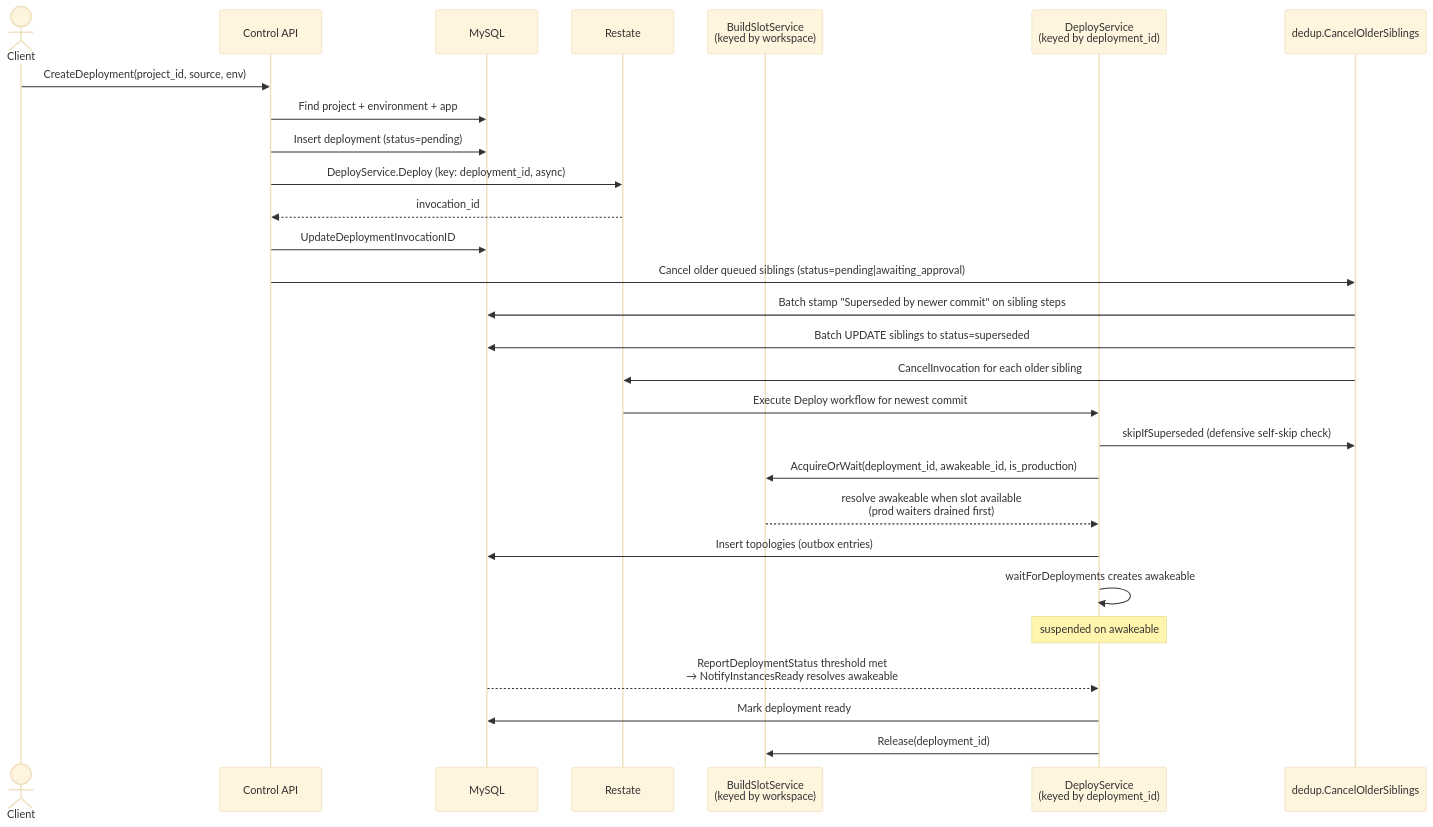
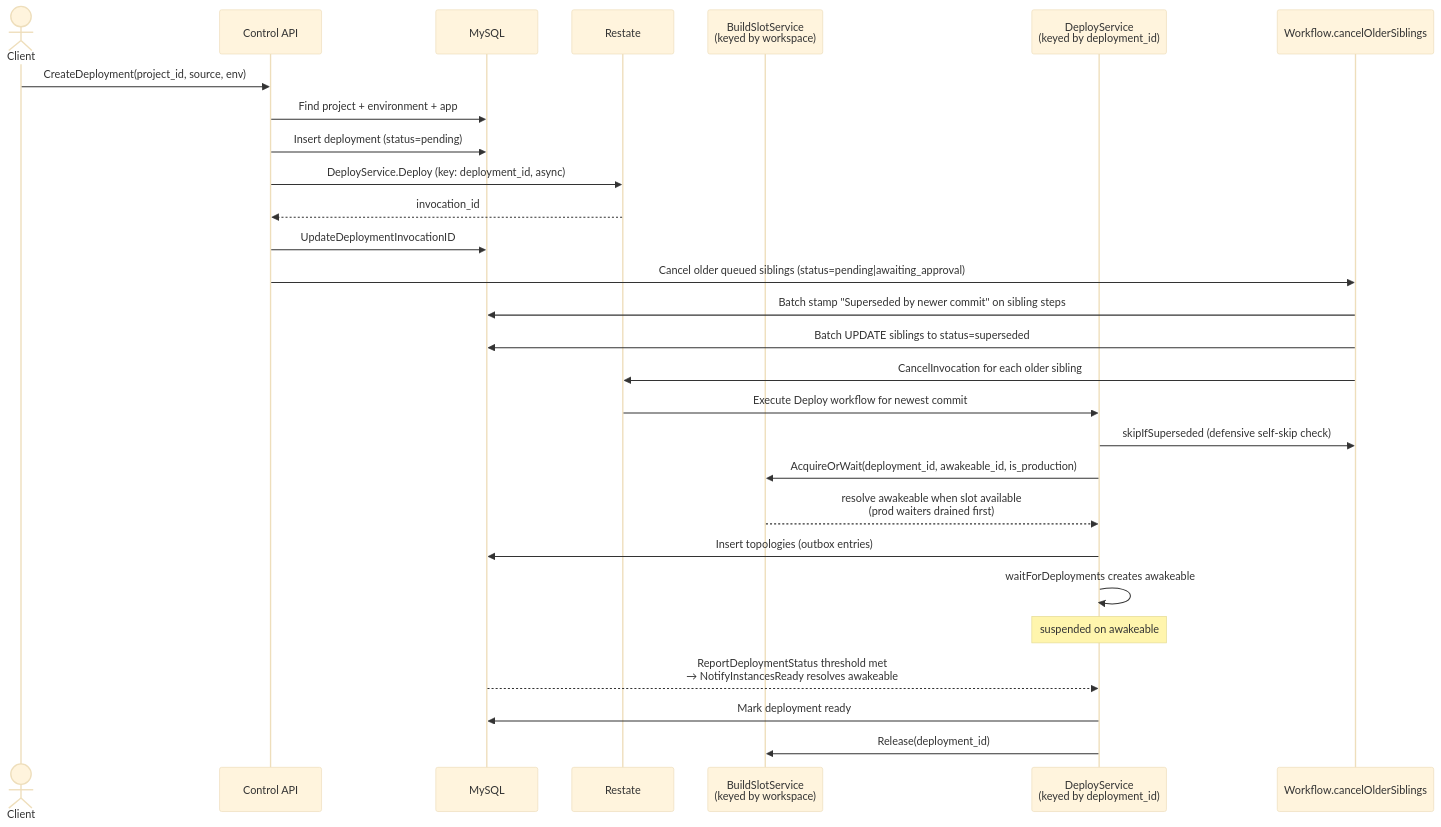
Before and after one commit to unkeyed/unkey: the first of 4 diagrams in docs/engineering/architecture/services/control-plane/worker/workflows/deployments.mdx, drawn with Mermaid (base theme). The commit also changed other lines of this file and 10 other files, not shown here.

````diff
--- a/docs/engineering/architecture/services/control-plane/worker/workflows/deployments.mdx
+++ b/docs/engineering/architecture/services/control-plane/worker/workflows/deployments.mdx
@@ -30,31 +30,31 @@
 ```mermaid
 sequenceDiagram
   actor Client
   participant CtrlAPI as Control API
   participant DB as MySQL
   participant Restate as Restate
   participant BuildSlot as BuildSlotService<br/>(keyed by workspace)
   participant Worker as DeployService<br/>(keyed by deployment_id)
-  participant Dedup as dedup.CancelOlderSiblings
+  participant Dedup as Workflow.cancelOlderSiblings
 
   Client->>CtrlAPI: CreateDeployment(project_id, source, env)
   CtrlAPI->>DB: Find project + environment + app
   CtrlAPI->>DB: Insert deployment (status=pending)
   CtrlAPI->>Restate: DeployService.Deploy (key: deployment_id, async)
   Restate-->>CtrlAPI: invocation_id
   CtrlAPI->>DB: UpdateDeploymentInvocationID
   CtrlAPI->>Dedup: Cancel older queued siblings (status=pending|awaiting_approval)
   Dedup->>DB: Batch stamp "Superseded by newer commit" on sibling steps
   Dedup->>DB: Batch UPDATE siblings to status=superseded
   Dedup->>Restate: CancelInvocation for each older sibling
   Restate->>Worker: Execute Deploy workflow for newest commit
   Worker->>Dedup: skipIfSuperseded (defensive self-skip check)
   Worker->>BuildSlot: AcquireOrWait(deployment_id, awakeable_id, is_production)
   BuildSlot-->>Worker: resolve awakeable when slot available<br/>(prod waiters drained first)
   Worker->>DB: Insert topologies (outbox entries)
   Worker->>Worker: waitForDeployments creates awakeable
   Note over Worker: suspended on awakeable
   DB-->>Worker: ReportDeploymentStatus threshold met<br/>→ NotifyInstancesReady resolves awakeable
   Worker->>DB: Mark deployment ready
   Worker->>BuildSlot: Release(deployment_id)
 ```
````
